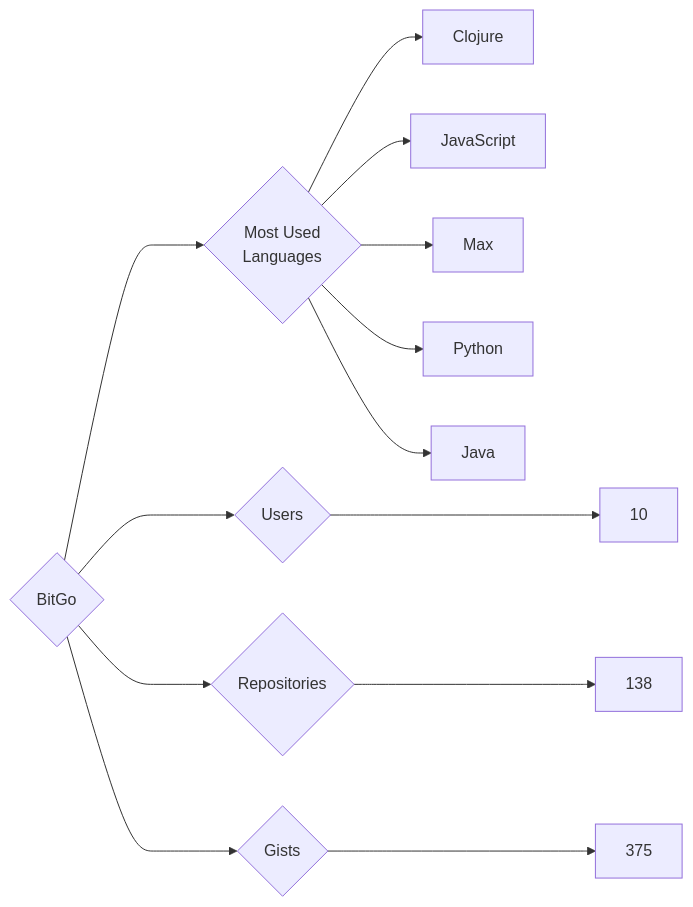
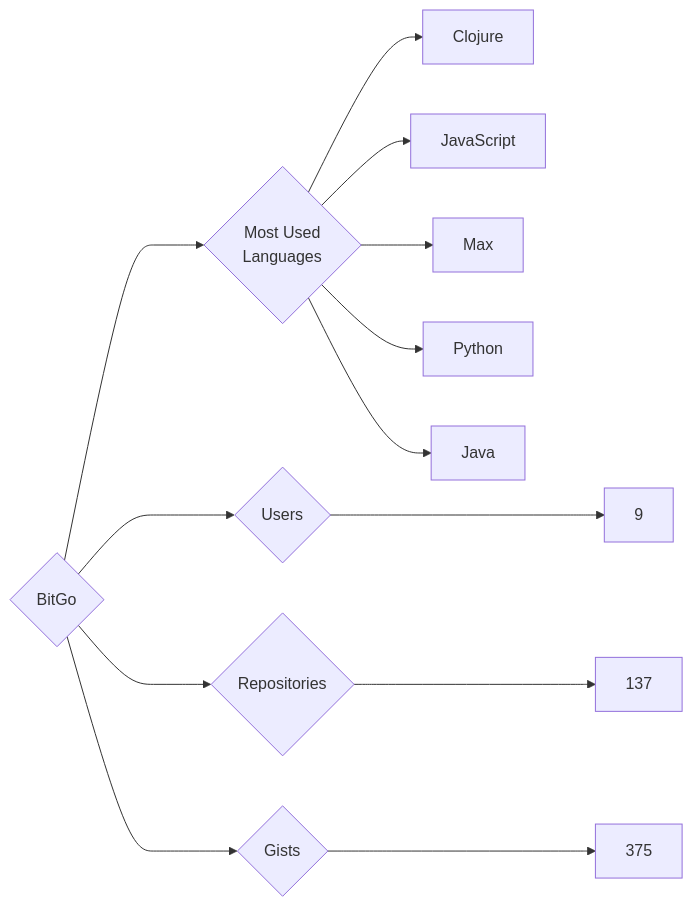
The diagram in targets/BitGo/README.md (trickest/insiders), drawn with Mermaid before and after one commit. The commit also changed 985 other files, not shown here.

````diff
--- a/targets/BitGo/README.md
+++ b/targets/BitGo/README.md
@@ -3,13 +3,13 @@
 ```mermaid
 graph LR
 COMPANY_NAME{BitGo}
-COMPANY_NAME ---> U{Users} ---> UN[10]
-COMPANY_NAME ---> R{Repositories} ---> RN[138]
+COMPANY_NAME ---> U{Users} ---> UN[9]
+COMPANY_NAME ---> R{Repositories} ---> RN[137]
 COMPANY_NAME ---> G{Gists} ---> GN[375]
 COMPANY_NAME ---> ML{Most Used<br>Languages}
 ML --> Clojure[Clojure]
 ML --> JavaScript[JavaScript]
 ML --> Max[Max]
 ML --> Python[Python]
 ML --> Java[Java]
 ```
````
